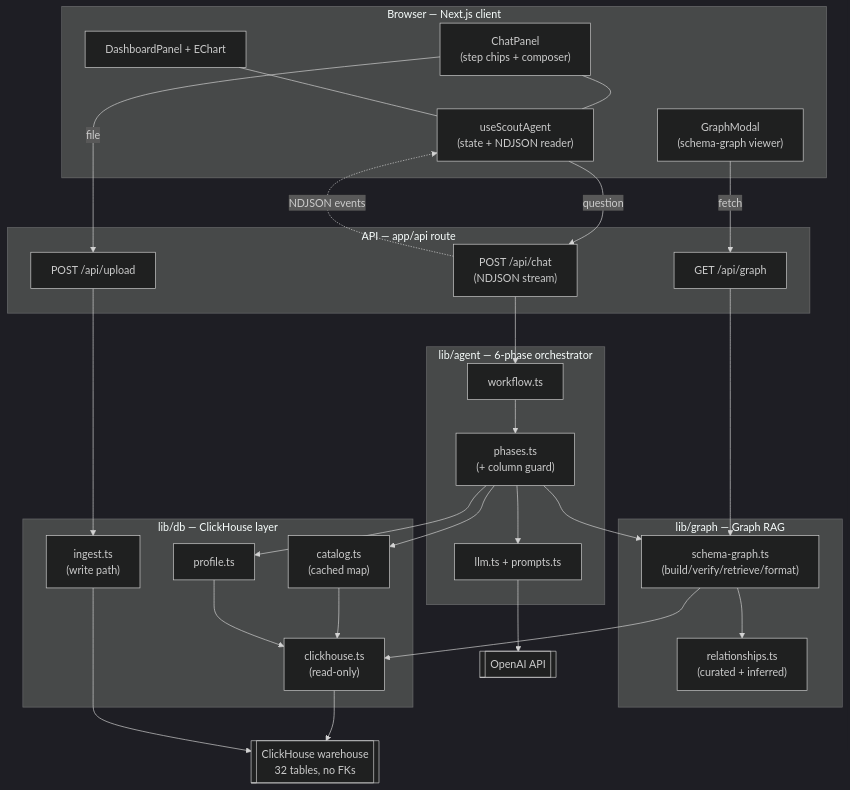
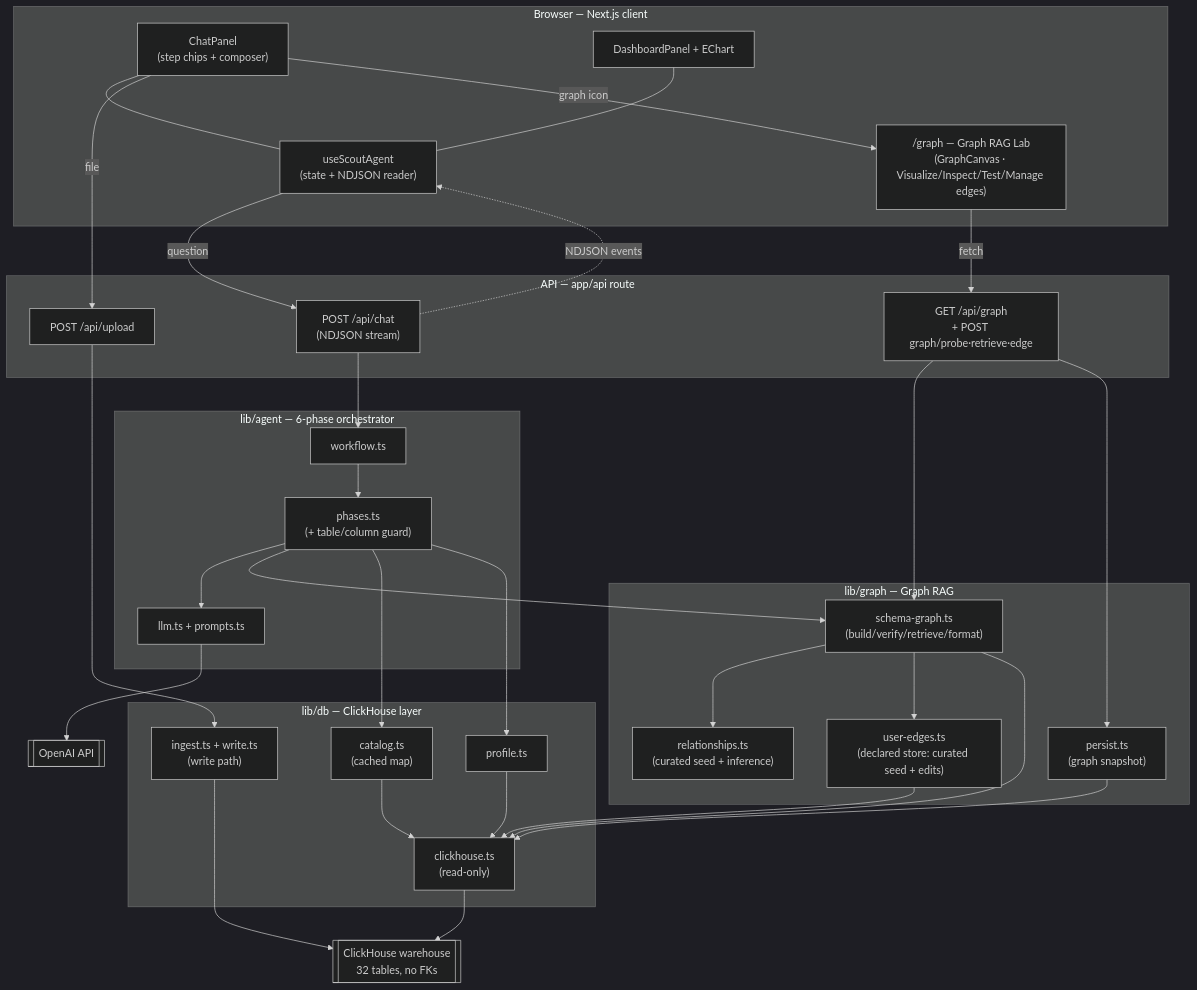
Before and after one commit to Arav-Arun/Scout: the first of 3 diagrams in README.md, drawn with Mermaid (dark theme). The commit also changed other lines of this file and 8 other files, not shown here.

First line of the commit message:
unify curated + user edges into editable declared relationships

````diff
--- a/README.md
+++ b/README.md
@@ -25,54 +25,59 @@
 ```mermaid
 flowchart TB
   subgraph UI["Browser — Next.js client"]
     HOOK["useScoutAgent<br/>(state + NDJSON reader)"]
     CHAT["ChatPanel<br/>(step chips + composer)"]
     DASH["DashboardPanel + EChart"]
-    GMODAL["GraphModal<br/>(schema-graph viewer)"]
+    GLAB["/graph — Graph RAG Lab<br/>(GraphCanvas · Visualize/Inspect/Test/Manage edges)"]
   end
 
   subgraph API["API — app/api route"]
     CHATAPI["POST /api/chat<br/>(NDJSON stream)"]
     UPAPI["POST /api/upload"]
-    GRAPHAPI["GET /api/graph"]
+    GRAPHAPI["GET /api/graph<br/>+ POST graph/probe·retrieve·edge"]
   end
 
   subgraph AGENT["lib/agent — 6-phase orchestrator"]
     WF["workflow.ts"]
-    PH["phases.ts<br/>(+ column guard)"]
+    PH["phases.ts<br/>(+ table/column guard)"]
     LLM["llm.ts + prompts.ts"]
   end
 
   subgraph GRAPH["lib/graph — Graph RAG"]
-    REL["relationships.ts<br/>(curated + inferred)"]
+    REL["relationships.ts<br/>(curated seed + inference)"]
+    UE["user-edges.ts<br/>(declared store: curated seed + edits)"]
     SG["schema-graph.ts<br/>(build/verify/retrieve/format)"]
+    PERSIST["persist.ts<br/>(graph snapshot)"]
   end
 
   subgraph DB["lib/db — ClickHouse layer"]
     CH["clickhouse.ts<br/>(read-only)"]
     CAT["catalog.ts<br/>(cached map)"]
     PROF["profile.ts"]
-    ING["ingest.ts<br/>(write path)"]
+    ING["ingest.ts + write.ts<br/>(write path)"]
   end
 
   OPENAI[["OpenAI API"]]
   CLICK[["ClickHouse warehouse<br/>32 tables, no FKs"]]
 
   CHAT --- HOOK
   DASH --- HOOK
   HOOK -->|question| CHATAPI
   CHAT -->|file| UPAPI
-  GMODAL -->|fetch| GRAPHAPI
+  CHAT -->|graph icon| GLAB
+  GLAB -->|fetch| GRAPHAPI
 
   CHATAPI --> WF --> PH
   PH --> LLM --> OPENAI
   PH --> SG --> REL
+  SG --> UE --> CH
   PH --> CAT
   PH --> PROF
   CAT --> CH
   PROF --> CH
   SG --> CH --> CLICK
   GRAPHAPI --> SG
+  GRAPHAPI --> PERSIST --> CH
   UPAPI --> ING --> CLICK
   CHATAPI -.->|NDJSON events| HOOK
 ```
````
